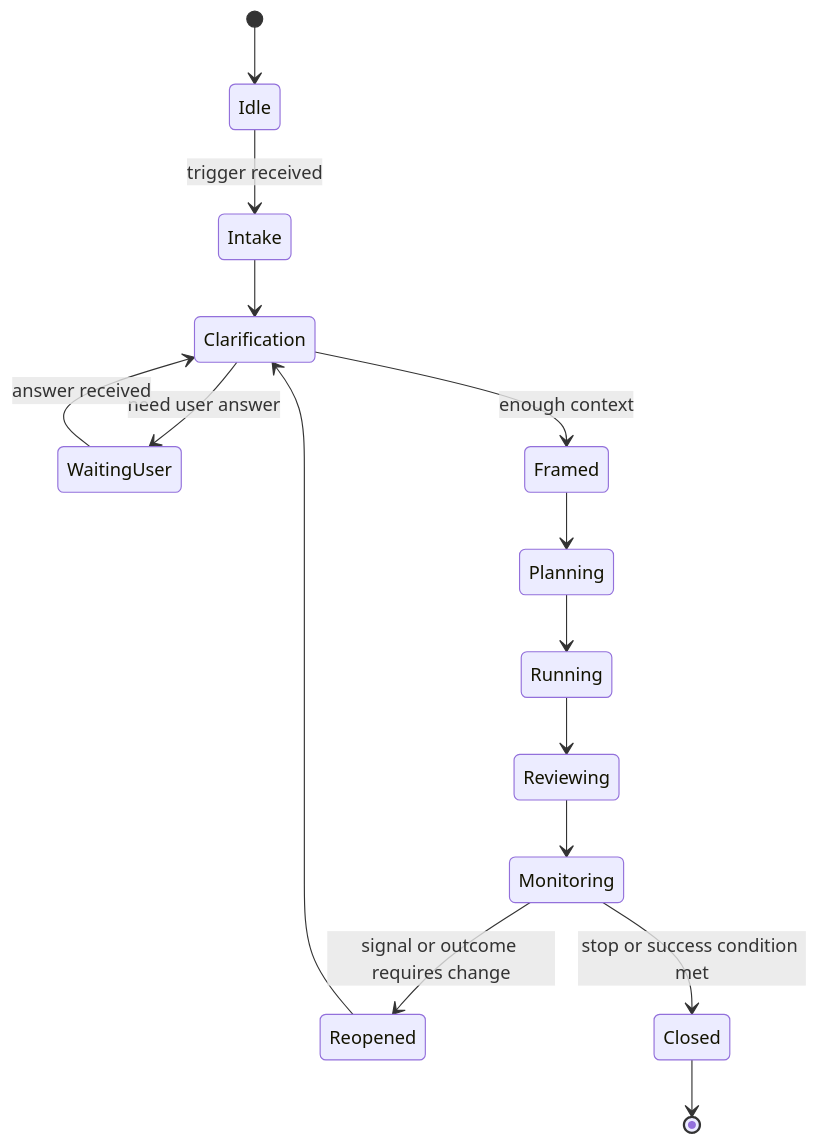
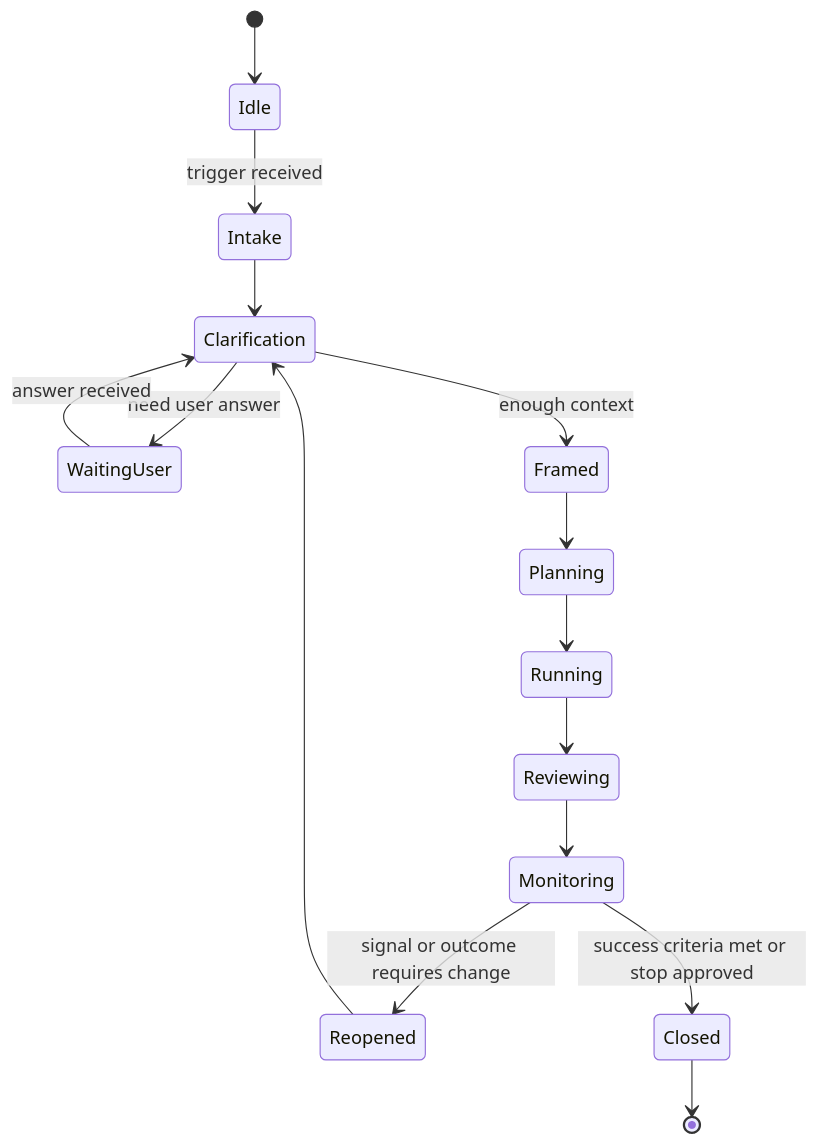
One commit to popcoondev/ai-organization-framework changed the second of 2 diagrams in docs/runtime-sdk.md. Above: the diagram before and after it, drawn with Mermaid. The commit also changed other lines of this file and 6 other files, not shown here.

````diff
--- a/docs/runtime-sdk.md
+++ b/docs/runtime-sdk.md
@@ -149,17 +149,17 @@
 ```mermaid
 stateDiagram-v2
     [*] --> Idle
     Idle --> Intake: trigger received
     Intake --> Clarification
     Clarification --> WaitingUser: need user answer
     WaitingUser --> Clarification: answer received
     Clarification --> Framed: enough context
     Framed --> Planning
     Planning --> Running
     Running --> Reviewing
     Reviewing --> Monitoring
     Monitoring --> Reopened: signal or outcome requires change
     Reopened --> Clarification
-    Monitoring --> Closed: stop or success condition met
+    Monitoring --> Closed: success criteria met or stop approved
     Closed --> [*]
 ```
````
